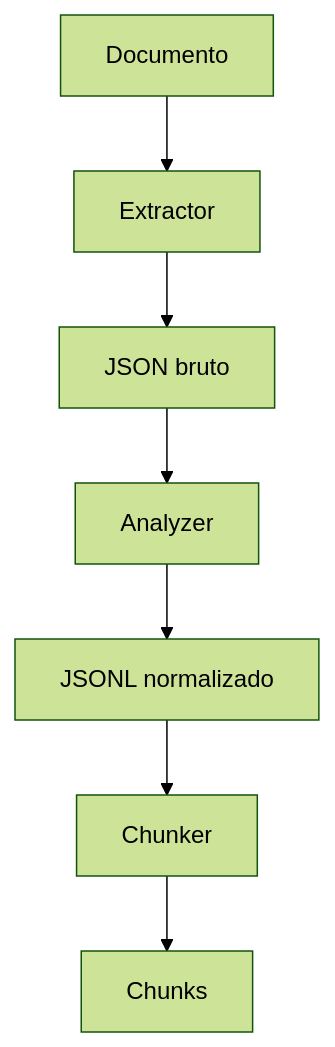
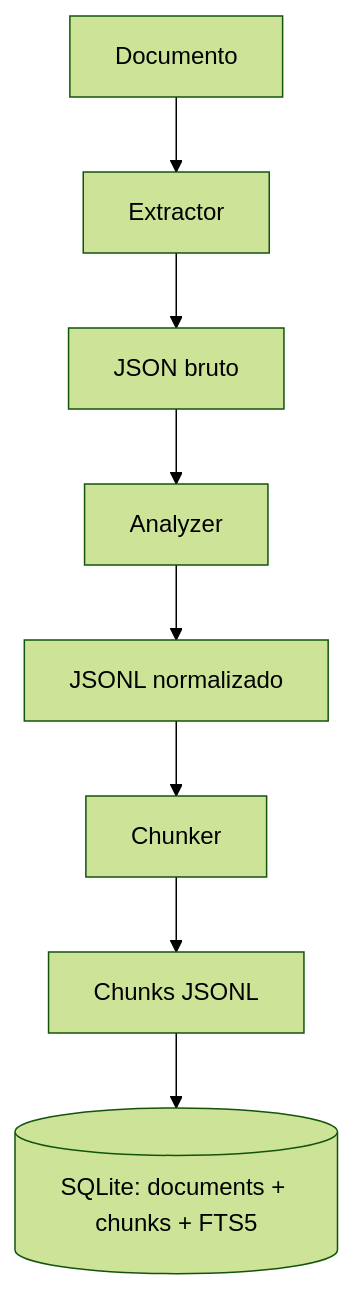
The diagram in README.md (Ian-MR/DocsAssit), drawn with Mermaid (forest theme) before and after one commit. The commit also changed other lines of this file and 5 other files, not shown here.

````diff
--- a/README.md
+++ b/README.md
@@ -130,9 +129,10 @@
 ```mermaid
 flowchart TD
 	A[Documento] --> B[Extractor]
 	B --> C[JSON bruto]
 	C --> D[Analyzer]
 	D --> E[JSONL normalizado]
 	E --> F[Chunker]
-	F --> G[Chunks]
+	F --> G[Chunks JSONL]
+	G --> H[(SQLite: documents + chunks + FTS5)]
 ```
````
